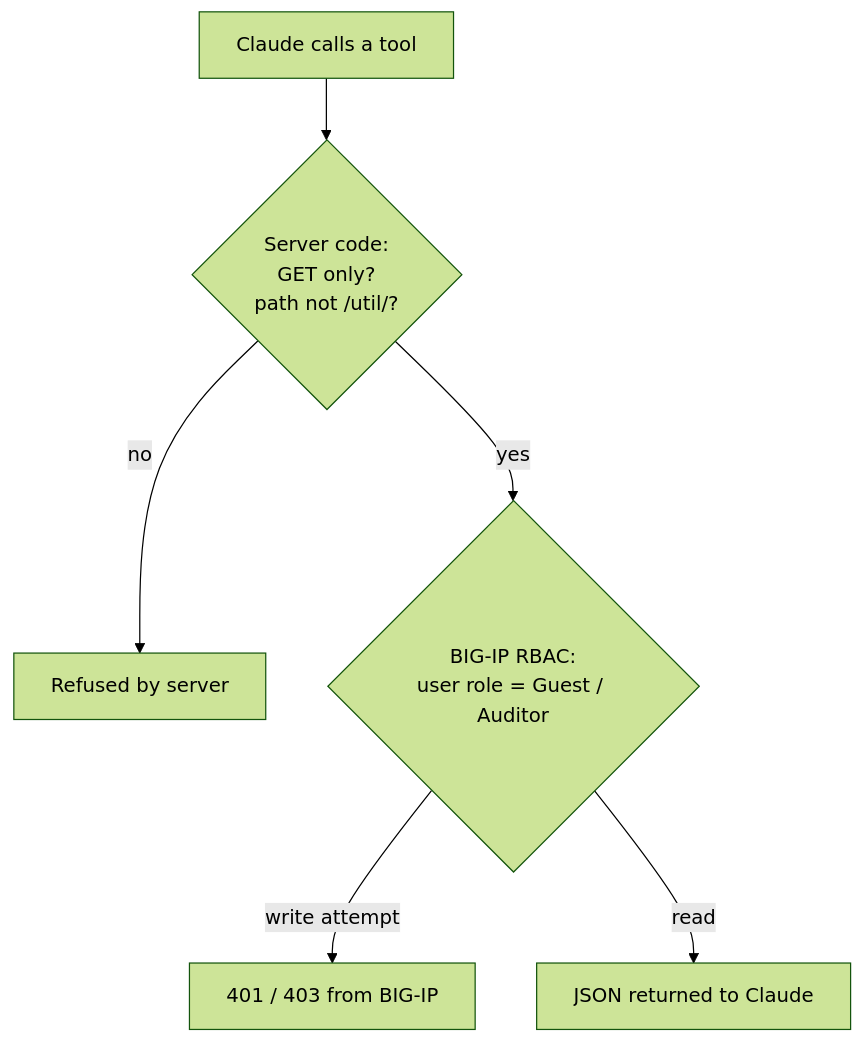
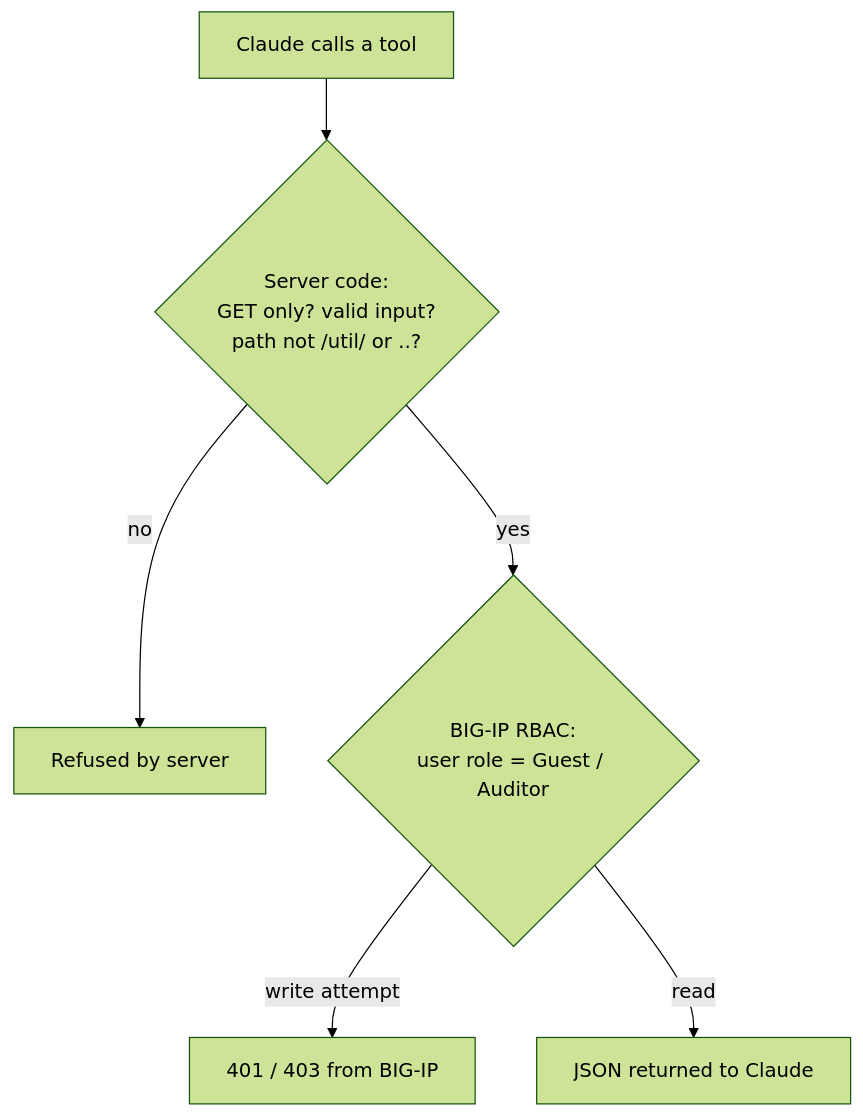
One commit to ChellaNetAI/f5-mcp-claude changed the fourth of 4 diagrams in README.md. Above: the diagram before and after it, drawn with Mermaid (forest theme). The commit also changed other lines of this file and 6 other files, not shown here.

````diff
--- a/README.md
+++ b/README.md
@@ -95,8 +101,8 @@
 ```mermaid
 flowchart TD
-    Q["Claude calls a tool"] --> G1{"Server code:<br/>GET only?<br/>path not /util/?"}
+    Q["Claude calls a tool"] --> G1{"Server code:<br/>GET only? valid input?<br/>path not /util/ or ..?"}
     G1 -->|no| X1["Refused by server"]
     G1 -->|yes| G2{"BIG-IP RBAC:<br/>user role = Guest / Auditor"}
     G2 -->|"write attempt"| X2["401 / 403 from BIG-IP"]
     G2 -->|read| OK["JSON returned to Claude"]
 ```
````
